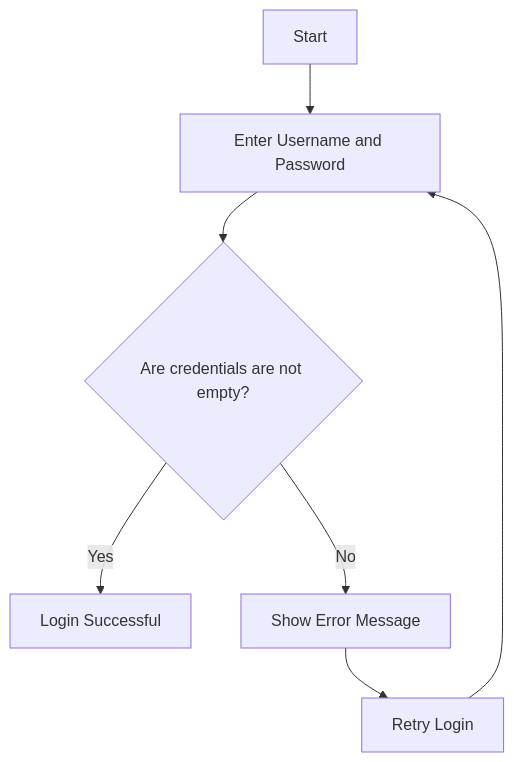
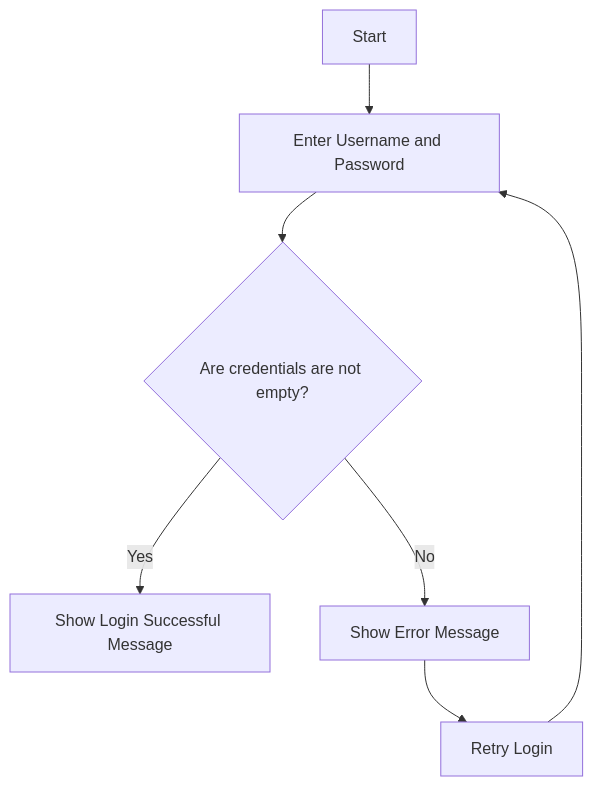
One commit to chanduujjina/JSE_Practice_2025_B1 changed the diagram in Partial_Validation.md. Above: the diagram before and after it, drawn with Mermaid.

````diff
--- a/Partial_Validation.md
+++ b/Partial_Validation.md
@@ -1,10 +1,10 @@
 ```mermaid
 flowchart TD
     A[Start] --> B[Enter Username and Password]
     B --> C{Are credentials are not empty?}
-    C -- Yes --> D[Login Successful]
+    C -- Yes --> D[Show Login Successful Message]
     C -- No --> E[Show Error Message]
     E --> F[Retry Login]
     F --> B
    
 ```
````
